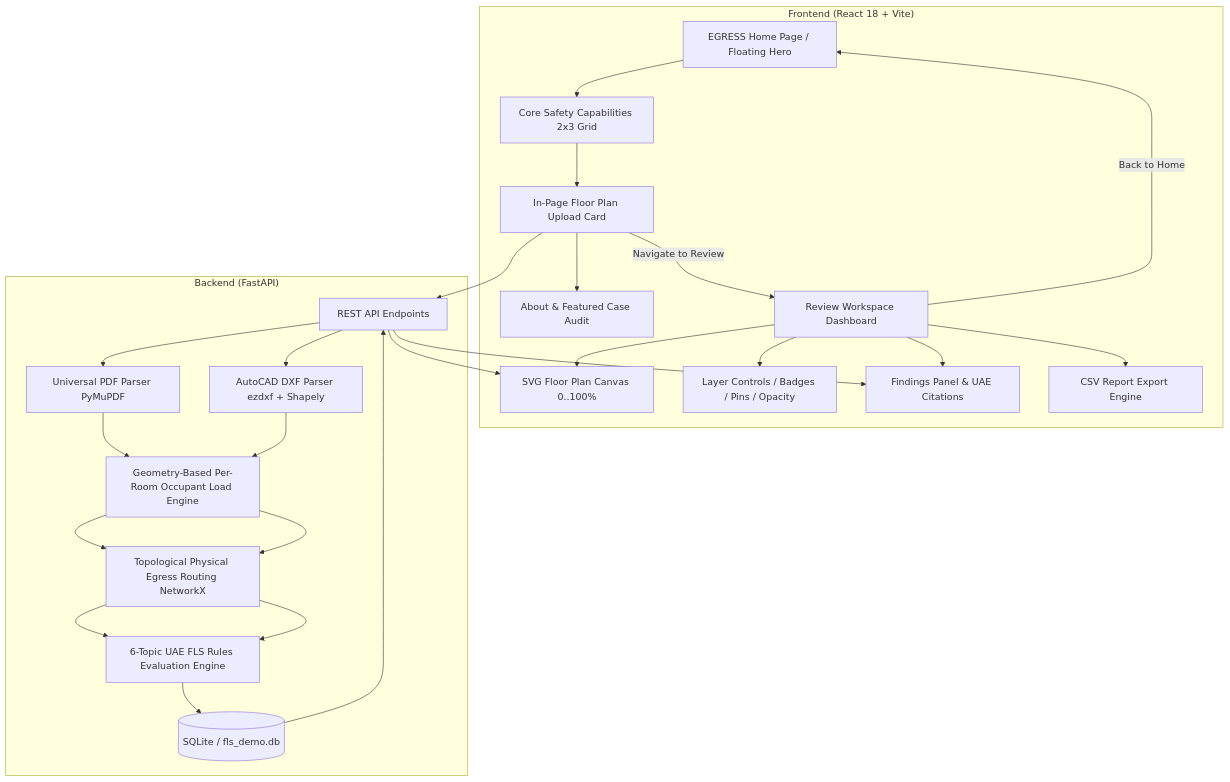
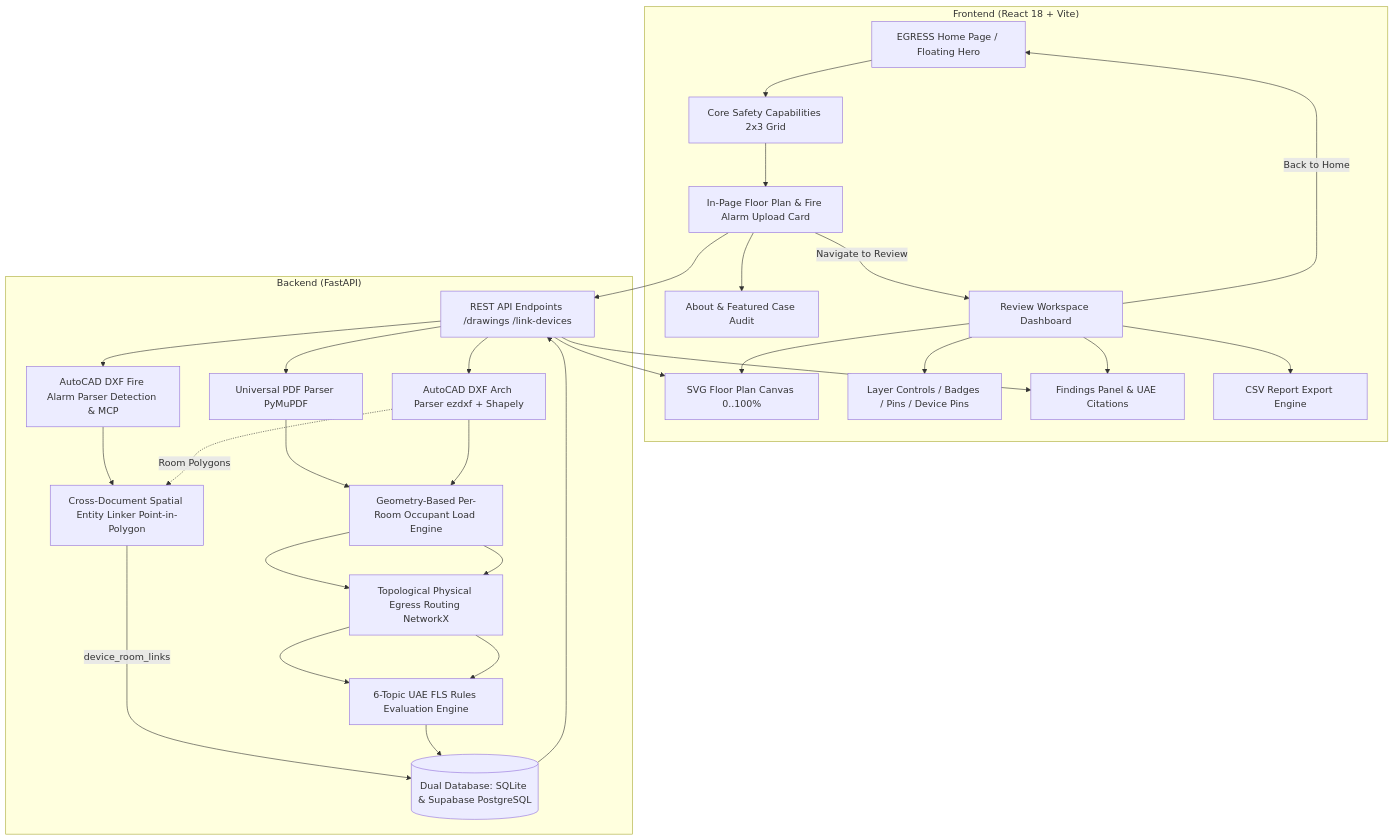
Before and after one commit to jasar17/egress: the diagram in README.md, drawn with Mermaid. The commit also changed other lines of this file, not shown here.

Commit message:
Update README.md with Phase 2b Fire Alarm integration, linking matrix, and test suites

````diff
--- a/README.md
+++ b/README.md
@@ -139,44 +148,50 @@
 ```mermaid
 flowchart TD
     subgraph Client ["Frontend (React 18 + Vite)"]
         Home[EGRESS Home Page / Floating Hero]
         Cap[Core Safety Capabilities 2x3 Grid]
-        Upload[In-Page Floor Plan Upload Card]
+        Upload[In-Page Floor Plan & Fire Alarm Upload Card]
         About[About & Featured Case Audit]
         Review[Review Workspace Dashboard]
         Canvas[SVG Floor Plan Canvas 0..100%]
-        Layers[Layer Controls / Badges / Pins / Opacity]
+        Layers[Layer Controls / Badges / Pins / Device Pins]
         Findings[Findings Panel & UAE Citations]
         Export[CSV Report Export Engine]
     end
 
     subgraph API ["Backend (FastAPI)"]
-        Router[REST API Endpoints]
+        Router[REST API Endpoints /drawings /link-devices]
         PDFEngine[Universal PDF Parser PyMuPDF]
-        DXFEngine[AutoCAD DXF Parser ezdxf + Shapely]
+        DXFArchEngine[AutoCAD DXF Arch Parser ezdxf + Shapely]
+        DXFFAEngine[AutoCAD DXF Fire Alarm Parser Detection & MCP]
         PathEngine[Topological Physical Egress Routing NetworkX]
         OccEngine[Geometry-Based Per-Room Occupant Load Engine]
+        LinkEngine[Cross-Document Spatial Entity Linker Point-in-Polygon]
         RulesEngine[6-Topic UAE FLS Rules Evaluation Engine]
-        DB[(SQLite / fls_demo.db)]
+        DB[(Dual Database: SQLite & Supabase PostgreSQL)]
     end
 
     Home --> Cap
     Cap --> Upload
     Upload --> About
     Upload -->|Navigate to Review| Review
     Review --> Canvas
     Review --> Layers
     Review --> Findings
     Review --> Export
     Review -->|Back to Home| Home
     
     Upload --> Router
     Router --> PDFEngine
-    Router --> DXFEngine
+    Router --> DXFArchEngine
+    Router --> DXFFAEngine
     PDFEngine --> OccEngine --> PathEngine --> RulesEngine
-    DXFEngine --> OccEngine --> PathEngine --> RulesEngine
+    DXFArchEngine --> OccEngine --> PathEngine --> RulesEngine
+    DXFFAEngine --> LinkEngine
+    DXFArchEngine -.->|Room Polygons| LinkEngine
+    LinkEngine -->|device_room_links| DB
     RulesEngine --> DB
     DB --> Router
     Router --> Findings
     Router --> Canvas
 ```
````
